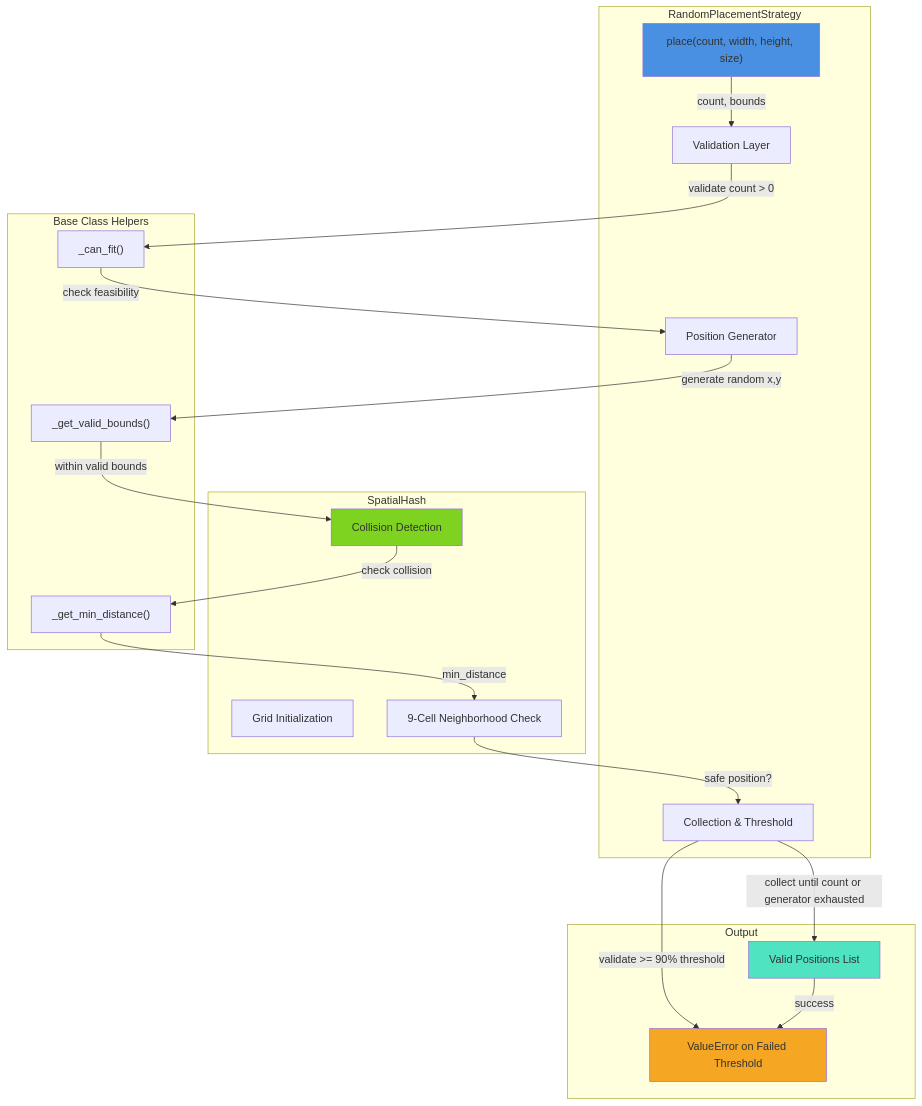
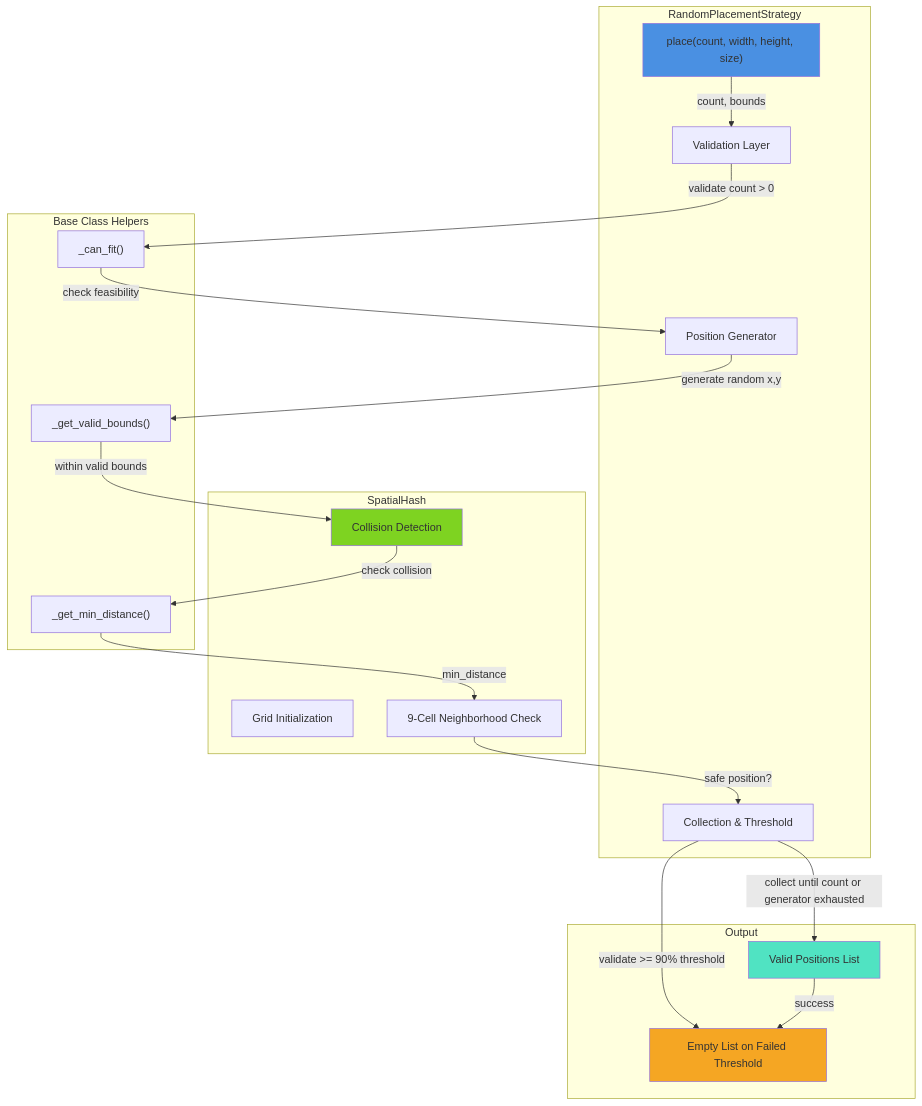
The first of 5 diagrams in summaries/2025-11-26-placement-algorithm-diagrams.md (m-rossini/beans), drawn with Mermaid before and after one commit. The commit also changed other lines of this file, not shown here.

Commit message:
Fix documentation to match implementation: return [] instead of raise ValueError

````diff
--- a/summaries/2025-11-26-placement-algorithm-diagrams.md
+++ b/summaries/2025-11-26-placement-algorithm-diagrams.md
@@ -1,43 +1,43 @@
 ```mermaid
 graph TB
     subgraph "RandomPlacementStrategy"
         A["place(count, width, height, size)"]
         B["Validation Layer"]
         C["Position Generator"]
         D["Collection & Threshold"]
     end
 
     subgraph "SpatialHash"
         E["Grid Initialization"]
         F["Collision Detection"]
         G["9-Cell Neighborhood Check"]
     end
 
     subgraph "Base Class Helpers"
         H["_get_min_distance()"]
         I["_get_valid_bounds()"]
         J["_can_fit()"]
     end
 
     subgraph "Output"
         K["Valid Positions List"]
-        L["ValueError on Failed Threshold"]
+        L["Empty List on Failed Threshold"]
     end
 
     A -->|count, bounds| B
     B -->|validate count > 0| J
     J -->|check feasibility| C
     C -->|generate random x,y| I
     I -->|within valid bounds| F
     F -->|check collision| H
     H -->|min_distance| G
     G -->|safe position?| D
     D -->|collect until count or generator exhausted| K
     D -->|validate >= 90% threshold| L
     K -->|success| L
     
     style A fill:#4a90e2
     style F fill:#7ed321
     style K fill:#50e3c2
     style L fill:#f5a623
 ```
````
